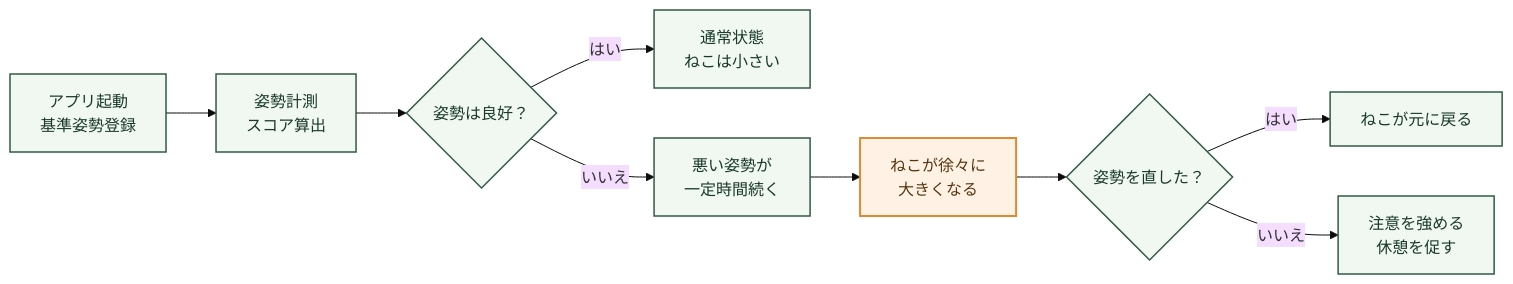
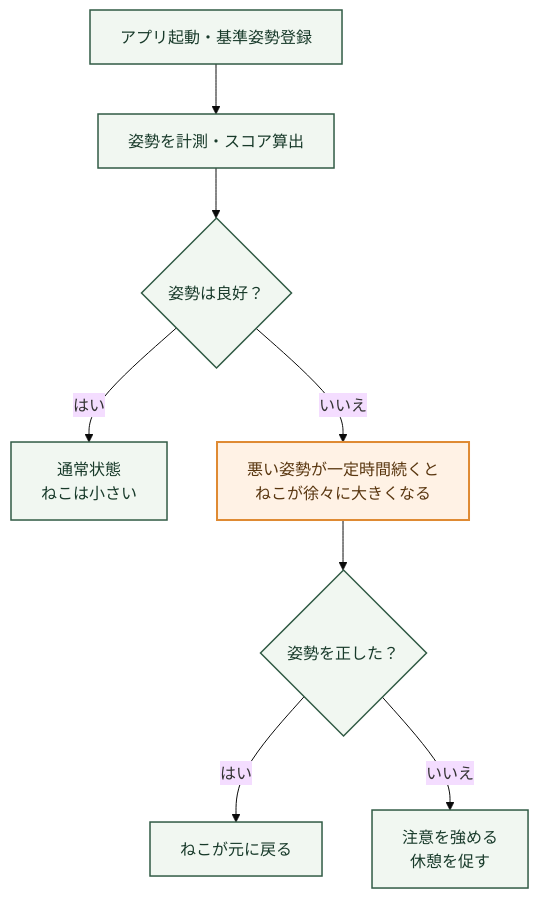
Before and after one commit to jphacks/kz_2615: the second of 2 diagrams in README.md, drawn with Mermaid (base theme). The commit also changed other lines of this file, not shown here.

Commit message:
Revise posture detection flowchart in README
Updated the flowchart for posture detection and notification process with clearer descriptions and structure.

````diff
--- a/README.md
+++ b/README.md
@@ -66,20 +69,24 @@
 ```mermaid
-flowchart LR
-    A["アプリ起動<br/>基準姿勢登録"] --> B["姿勢計測<br/>スコア算出"]
-    B --> C{"姿勢は良好？"}
+flowchart TB
+    A["アプリ起動・基準姿勢登録"]
+    B["姿勢を計測・スコア算出"]
+    C{"姿勢は良好？"}
+    D["通常状態<br/>ねこは小さい"]
+    E["悪い姿勢が一定時間続くと<br/>ねこが徐々に大きくなる"]
+    F{"姿勢を正した？"}
+    G["ねこが元に戻る"]
+    H["注意を強める<br/>休憩を促す"]
 
-    C -->|はい| D["通常状態<br/>ねこは小さい"]
-    C -->|いいえ| E["悪い姿勢が<br/>一定時間続く"]
-
-    E --> F["ねこが徐々に<br/>大きくなる"]
-    F --> G{"姿勢を直した？"}
-
-    G -->|はい| H["ねこが元に戻る"]
-    G -->|いいえ| I["注意を強める<br/>休憩を促す"]
+    A --> B --> C
+    C -->|はい| D
+    C -->|いいえ| E
+    E --> F
+    F -->|はい| G
+    F -->|いいえ| H
 
     classDef normal fill:#f1f7f1,stroke:#315b45,color:#183a2a,stroke-width:1.5px;
     classDef warning fill:#fff2e5,stroke:#df8a32,color:#59360f,stroke-width:2px;
 
-    class A,B,C,D,E,G,H,I normal;
-    class F warning;
+    class A,B,C,D,F,G,H normal;
+    class E warning;
 ```
````
